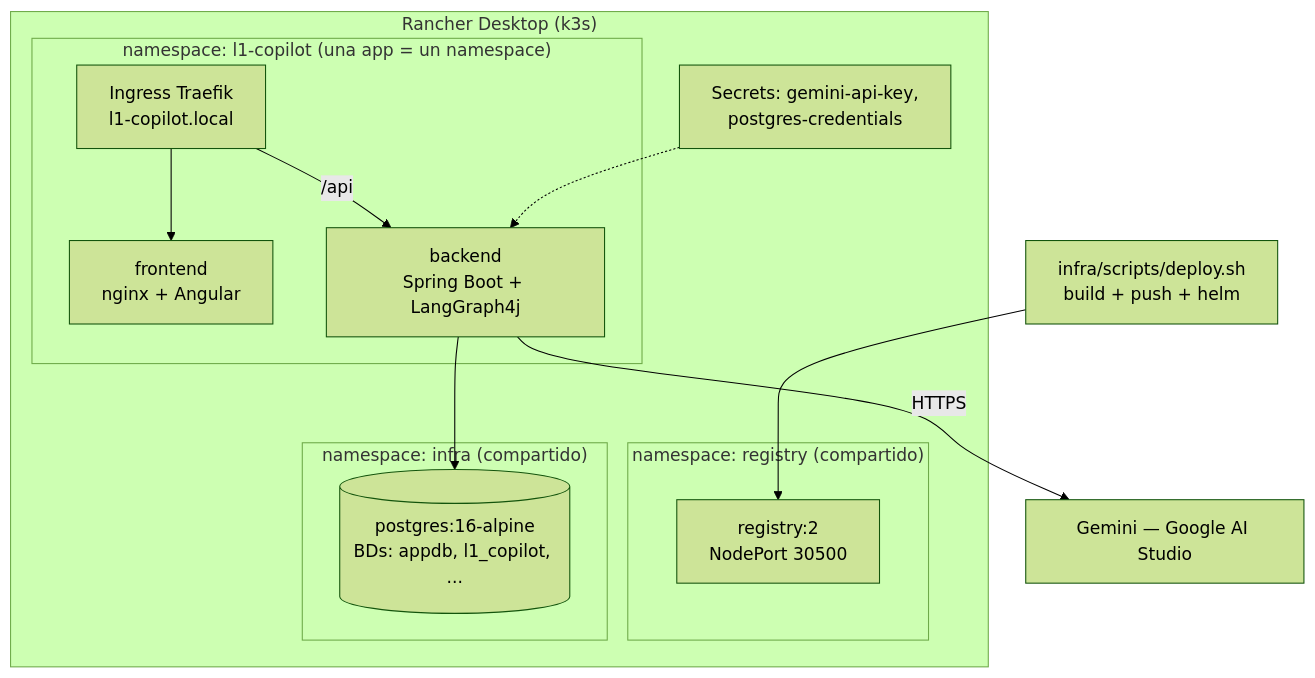
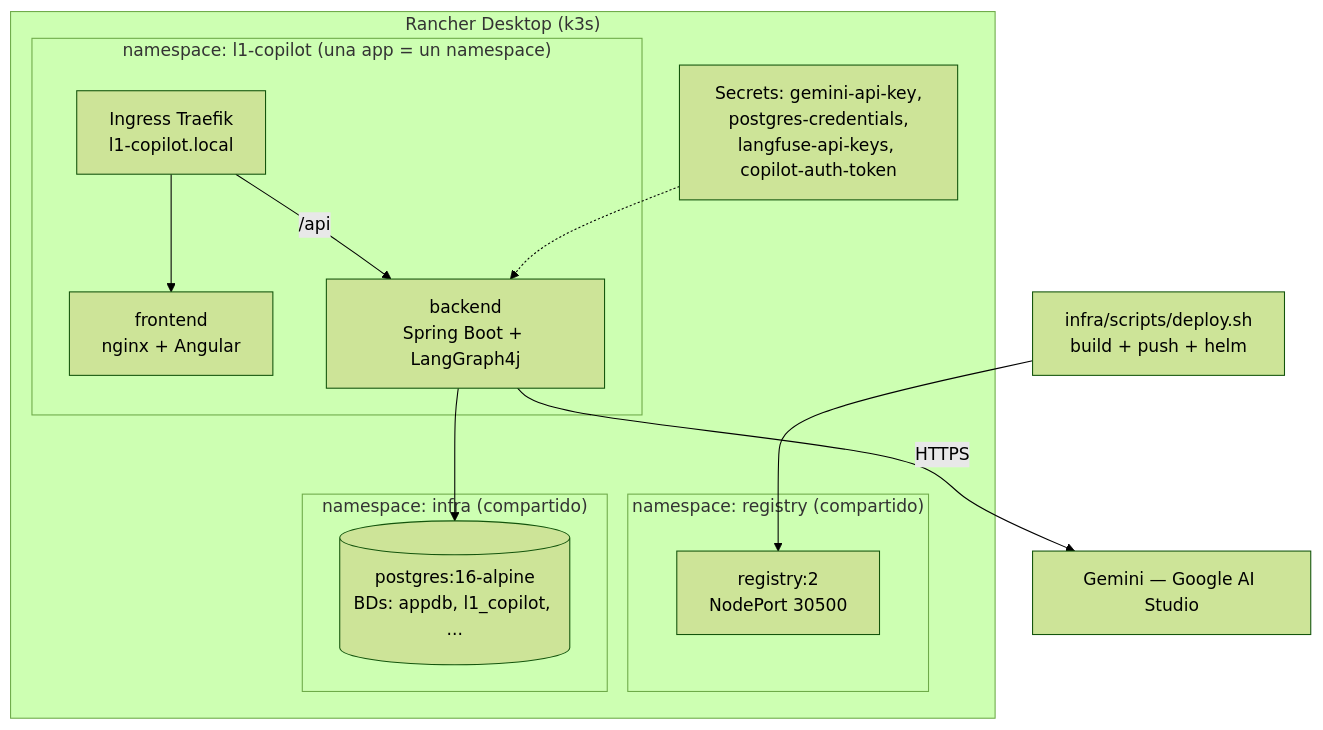
Before and after one commit to mikel0ne/ai-platform-portfolio: the diagram in l1-copilot/docs/infraestructura/README.md, drawn with Mermaid (forest theme). The commit also changed other lines of this file and 40 other files, not shown here.

````diff
--- a/l1-copilot/docs/infraestructura/README.md
+++ b/l1-copilot/docs/infraestructura/README.md
@@ -16,19 +16,19 @@
 ```mermaid
 graph TB
     subgraph Cluster ["Rancher Desktop (k3s)"]
         subgraph reg ["namespace: registry (compartido)"]
             REG[registry:2<br/>NodePort 30500]
         end
         subgraph infra ["namespace: infra (compartido)"]
             PG[(postgres:16-alpine<br/>BDs: appdb, l1_copilot, ...)]
         end
         subgraph app ["namespace: l1-copilot (una app = un namespace)"]
             ING[Ingress Traefik<br/>l1-copilot.local] --> FE[frontend<br/>nginx + Angular]
             ING -->|/api| BE[backend<br/>Spring Boot + LangGraph4j]
         end
         BE --> PG
-        SEC[Secrets: gemini-api-key,<br/>postgres-credentials] -.-> BE
+        SEC[Secrets: gemini-api-key,<br/>postgres-credentials,<br/>langfuse-api-keys, copilot-auth-token] -.-> BE
     end
     BE -->|HTTPS| GEM[Gemini — Google AI Studio]
     DEV[infra/scripts/deploy.sh<br/>build + push + helm] --> REG
 ```
````
